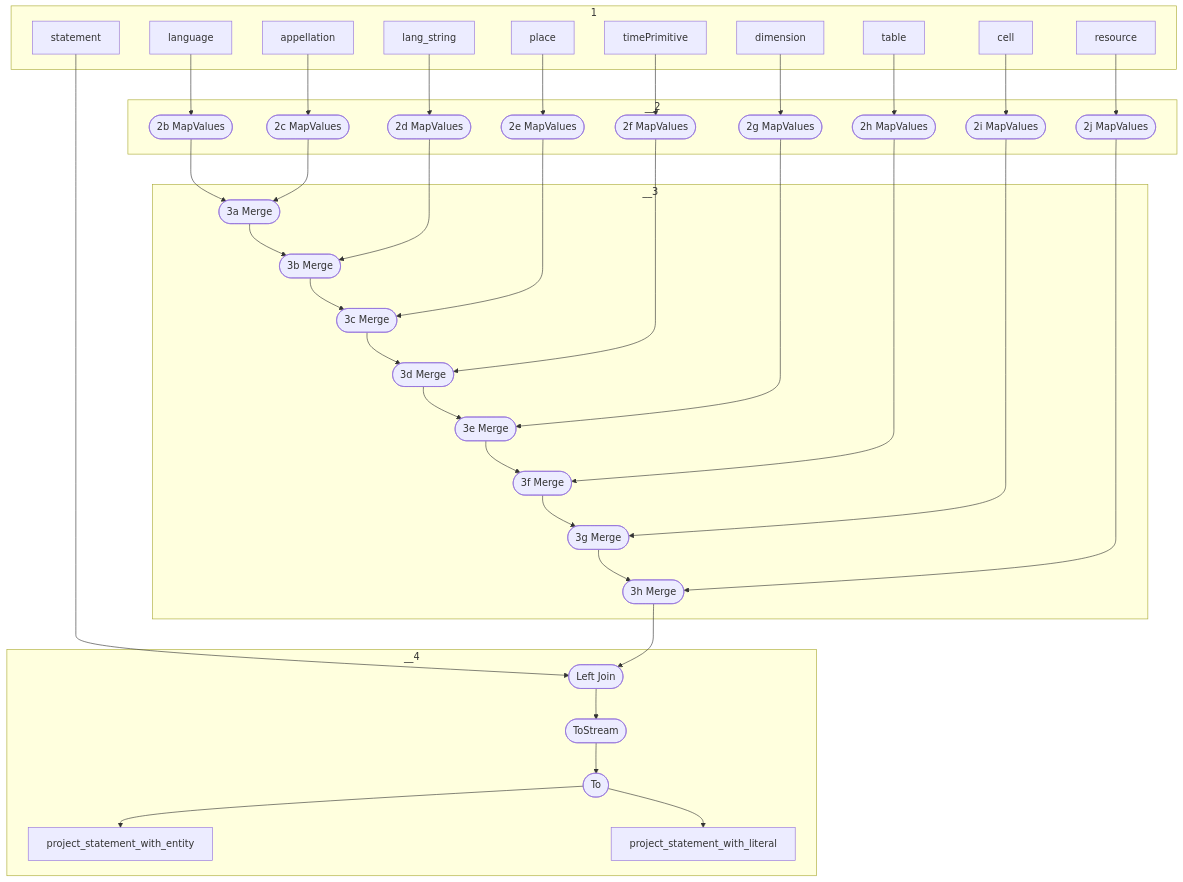
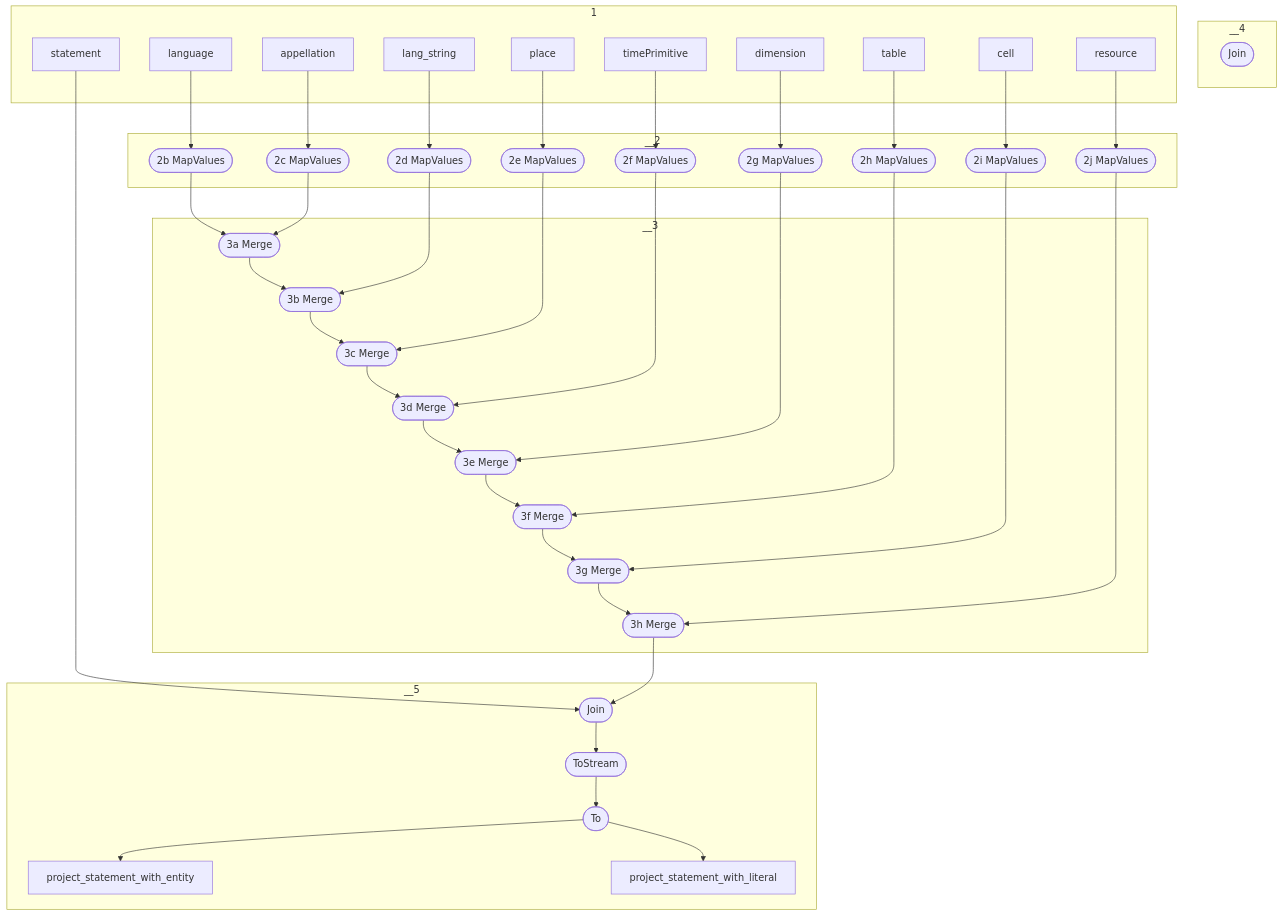
The diagram in app-0-statement-enriched/src/main/java/org.geovistory.toolbox.streams.statement.enriched/processors/StatementEnriched.md (geovistory/toolbox-streams), drawn with Mermaid before and after one commit. The commit also changed other lines of this file and 117 other files, not shown here.

Commit message:
add community toolbox entity and statement processors

````diff
--- a/app-0-statement-enriched/src/main/java/org.geovistory.toolbox.streams.statement.enriched/processors/StatementEnriched.md
+++ b/app-0-statement-enriched/src/main/java/org.geovistory.toolbox.streams.statement.enriched/processors/StatementEnriched.md
@@ -5,56 +5,59 @@
 ```mermaid
 flowchart TD
-    1a-->4a
+    1a-->5a
     1b-->2b-->3a
     1c-->2c-->3a-->3b
     1d-->2d-->3b-->3c 
     1e-->2e-->3c-->3d 
     1f-->2f-->3d-->3e 
     1g-->2g-->3e-->3f
     1h-->2h-->3f-->3g 
     1i-->2i-->3g-->3h
-    1j-->2j-->3h-->4a-->4b-->4c-->4d
-    4c-->4e
+    1j-->2j-->3h-->5a-->5b-->5c-->5d
+    5c-->5e
     subgraph 1
         1a[statement]
         1b[language]
         1c[appellation]
         1d[lang_string]
         1e[place]
         1f[timePrimitive]
         1g[dimension]
         1h[table]
         1i[cell]
         1j[resource]
     end
     subgraph __2
         2b([2b MapValues])
         2c([2c MapValues])
         2d([2d MapValues])
         2e([2e MapValues])
         2f([2f MapValues])
         2g([2g MapValues])
         2h([2h MapValues])
         2i([2i MapValues])
         2j([2j MapValues])
        
     end  
     subgraph __3
         3a([3a Merge])
         3b([3b Merge])
         3c([3c Merge])
         3d([3d Merge])
         3e([3e Merge])
         3f([3f Merge])
         3g([3g Merge])
         3h([3h Merge])
     end  
     subgraph __4
-        4a([Left Join])
-        4b([ToStream])
-        4c([To])
-        4d[project_statement_with_entity]
-        4e[project_statement_with_literal]
+        4a([Join])
+    end  
+    subgraph __5
+        5a([Join])
+        5b([ToStream])
+        5c([To])
+        5d[project_statement_with_entity]
+        5e[project_statement_with_literal]
     end  
     
 ```
````
